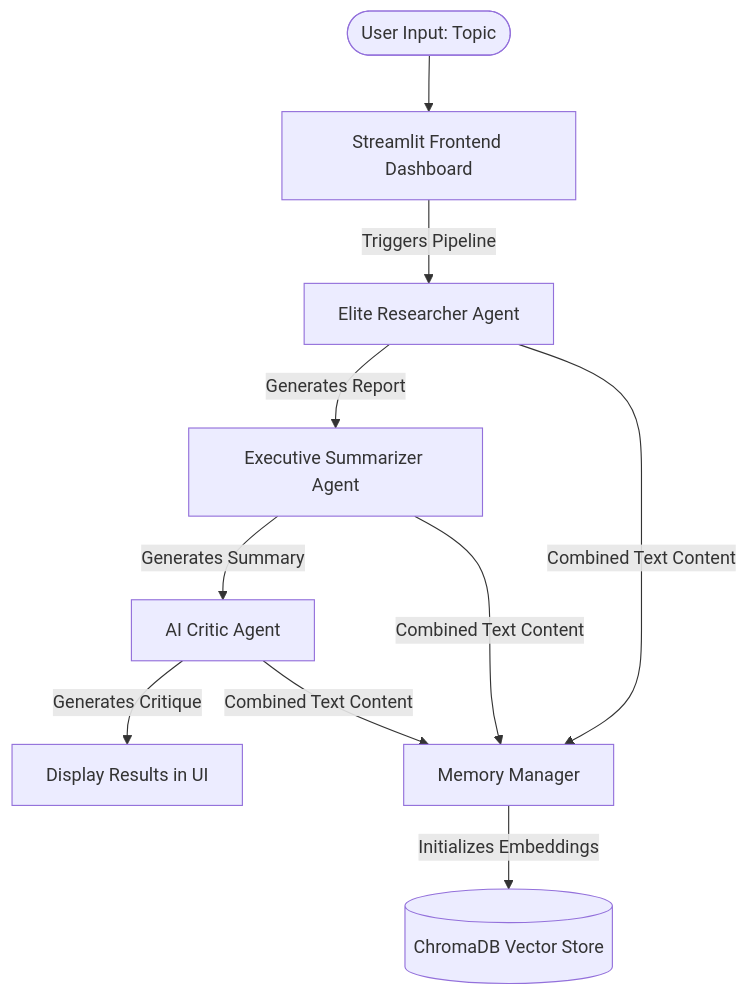
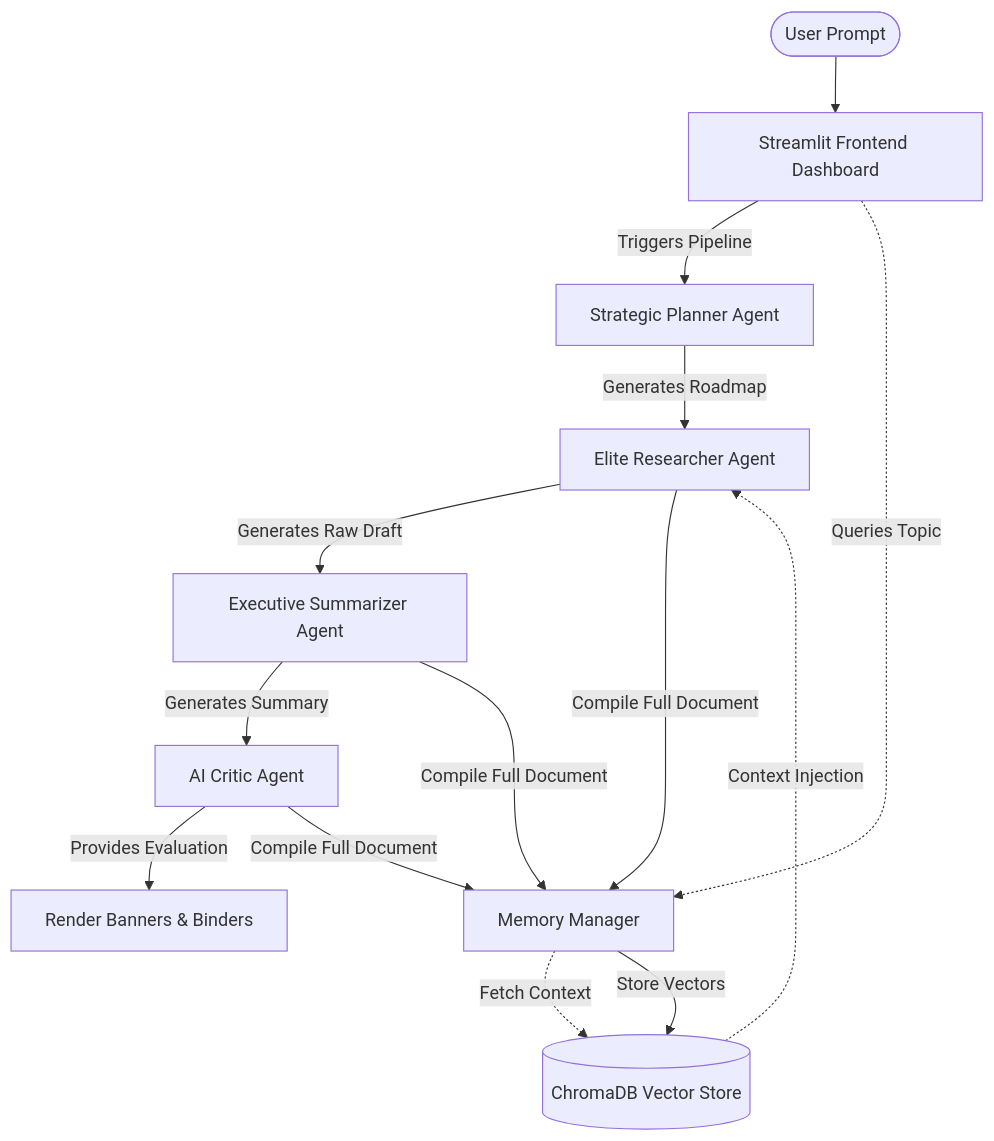
One commit to ManDhanani07/Autonomous-Multi-Agent-Research-Assistant changed the diagram in README.md. Above: the diagram before and after it, drawn with Mermaid. The commit also changed other lines of this file, not shown here.

Commit message:
docs: update README with professional architecture, workflow, and setup guides

````diff
--- a/README.md
+++ b/README.md
@@ -33,12 +66,18 @@
 ```mermaid
 graph TD
-    User([User Input: Topic]) --> UI[Streamlit Frontend Dashboard]
-    UI --> |Triggers Pipeline| Agent1[Elite Researcher Agent]
-    Agent1 --> |Generates Report| Agent2[Executive Summarizer Agent]
-    Agent2 --> |Generates Summary| Agent3[AI Critic Agent]
-    Agent3 --> |Generates Critique| UI_Display[Display Results in UI]
+    User([User Prompt]) --> UI[Streamlit Frontend Dashboard]
+    UI --> |Triggers Pipeline| Agent1[Strategic Planner Agent]
+    Agent1 --> |Generates Roadmap| Agent2[Elite Researcher Agent]
+    Agent2 --> |Generates Raw Draft| Agent3[Executive Summarizer Agent]
+    Agent3 --> |Generates Summary| Agent4[AI Critic Agent]
+    Agent4 --> |Provides Evaluation| OutputUI[Render Banners & Binders]
     
-    %% Memory Management Flow
-    Agent1 & Agent2 & Agent3 --> |Combined Text Content| MemMgr[Memory Manager]
-    MemMgr --> |Initializes Embeddings| ChromaDB[(ChromaDB Vector Store)]
+    %% RAG & Memory Integration
+    UI -.-> |Queries Topic| MemMgr[Memory Manager]
+    MemMgr -.-> |Fetch Context| ChromaDB[(ChromaDB Vector Store)]
+    ChromaDB -.-> |Context Injection| Agent2
+    
+    %% Storage Path
+    Agent2 & Agent3 & Agent4 --> |Compile Full Document| MemMgr
+    MemMgr --> |Store Vectors| ChromaDB
 ```
````
